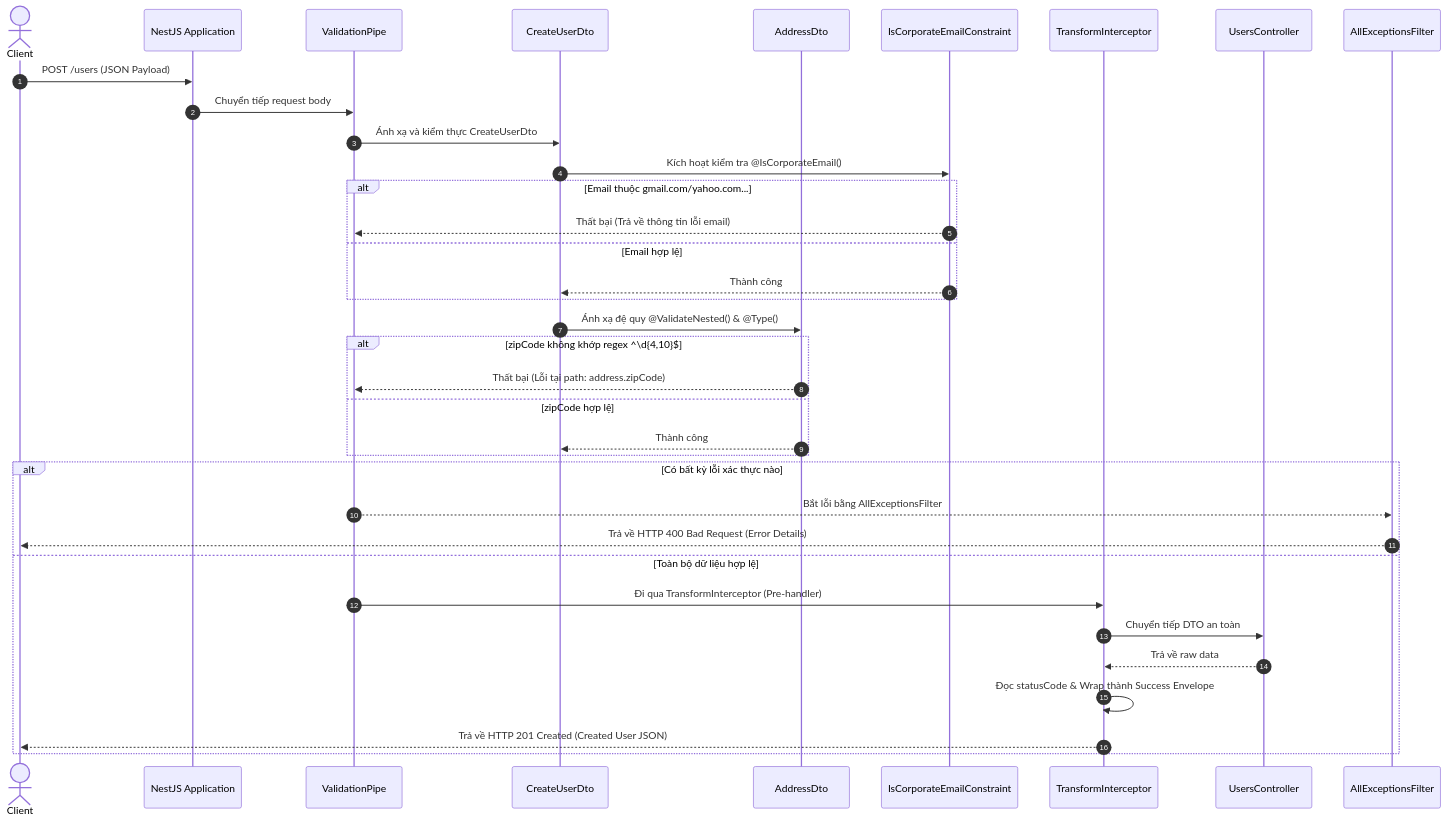
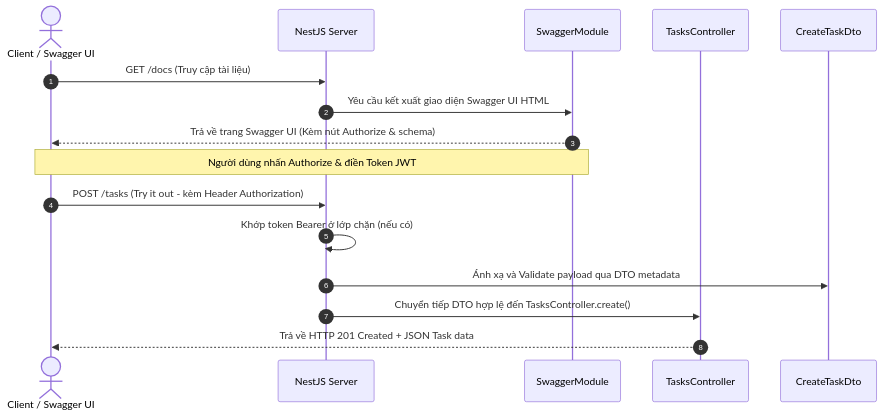
The diagram in README.md (emnghiaproplayers/task-management-study), drawn with Mermaid before and after one commit. The commit also changed other lines of this file and 7 other files, not shown here.

Commit message:
docs: complete Swagger API documentation, validation filters, nested DTO and custom validator design decisions

````diff
--- a/README.md
+++ b/README.md
@@ -61,41 +61,21 @@
 ```mermaid
 sequenceDiagram
     autonumber
-    actor Client
-    participant App as NestJS Application
-    participant Pipe as ValidationPipe
-    participant DTO as CreateUserDto
-    participant NestedDTO as AddressDto
-    participant Decorator as IsCorporateEmailConstraint
-    participant Interceptor as TransformInterceptor
-    participant Controller as UsersController
-    participant Filter as AllExceptionsFilter
+    actor Client as Client / Swagger UI
+    participant Server as NestJS Server
+    participant Swagger as SwaggerModule
+    participant Controller as TasksController
+    participant DTO as CreateTaskDto
 
-    Client->>App: POST /users (JSON Payload)
-    App->>Pipe: Chuyển tiếp request body
-    Pipe->>DTO: Ánh xạ và kiểm thực CreateUserDto
-    DTO->>Decorator: Kích hoạt kiểm tra @IsCorporateEmail()
-    alt Email thuộc gmail.com/yahoo.com...
-        Decorator-->>Pipe: Thất bại (Trả về thông tin lỗi email)
-    else Email hợp lệ
-        Decorator-->>DTO: Thành công
-    end
+    Client->>Server: GET /docs (Truy cập tài liệu)
+    Server->>Swagger: Yêu cầu kết xuất giao diện Swagger UI HTML
+    Swagger-->>Client: Trả về trang Swagger UI (Kèm nút Authorize & schema)
 
-    DTO->>NestedDTO: Ánh xạ đệ quy @ValidateNested() & @Type()
-    alt zipCode không khớp regex ^\d{4,10}$
-        NestedDTO-->>Pipe: Thất bại (Lỗi tại path: address.zipCode)
-    else zipCode hợp lệ
-        NestedDTO-->>DTO: Thành công
-    end
+    Note over Client, Swagger: Người dùng nhấn Authorize & điền Token JWT
 
-    alt Có bất kỳ lỗi xác thực nào
-        Pipe-->>Filter: Bắt lỗi bằng AllExceptionsFilter
-        Filter-->>Client: Trả về HTTP 400 Bad Request (Error Details)
-    else Toàn bộ dữ liệu hợp lệ
-        Pipe->>Interceptor: Đi qua TransformInterceptor (Pre-handler)
-        Interceptor->>Controller: Chuyển tiếp DTO an toàn
-        Controller-->>Interceptor: Trả về raw data
-        Interceptor->>Interceptor: Đọc statusCode & Wrap thành Success Envelope
-        Interceptor-->>Client: Trả về HTTP 201 Created (Created User JSON)
-    end
+    Client->>Server: POST /tasks (Try it out - kèm Header Authorization)
+    Server->>Server: Khớp token Bearer ở lớp chặn (nếu có)
+    Server->>DTO: Ánh xạ và Validate payload qua DTO metadata
+    Server->>Controller: Chuyển tiếp DTO hợp lệ đến TasksController.create()
+    Controller-->>Client: Trả về HTTP 201 Created + JSON Task data
 ```
````
